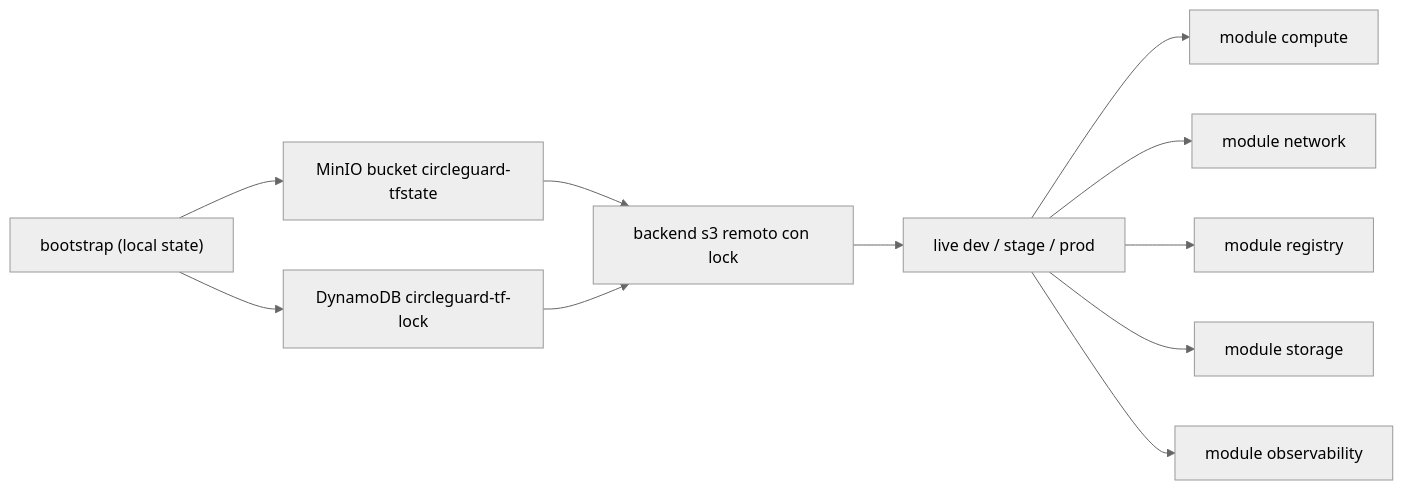
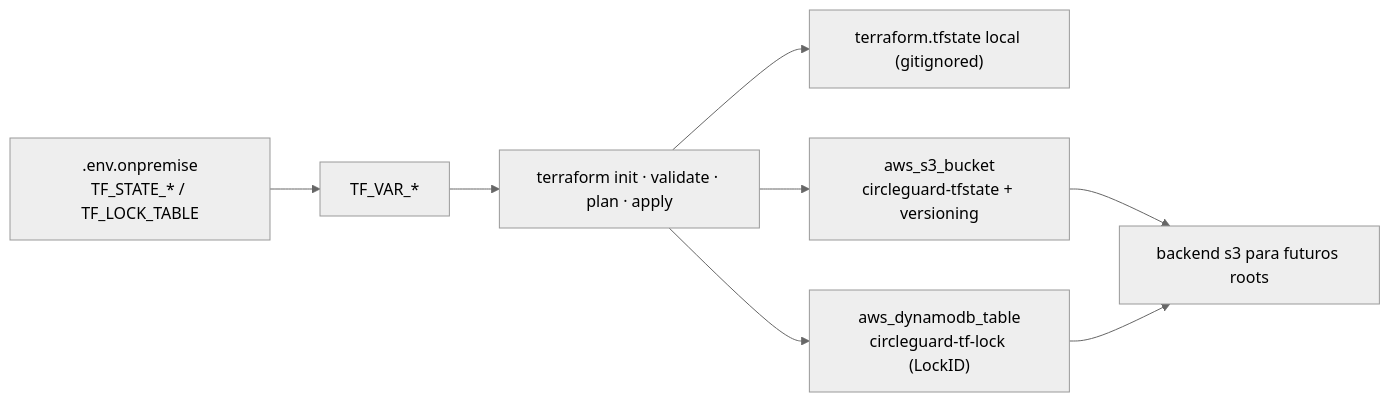
One commit to ingesoft5/circle-guard-finalproject-A00401805-A00405090-A00401428-A00377013 changed the diagram in docs/diagramas/02-flujo-terraform.mmd. Above: the diagram before and after it, drawn with Mermaid (neutral theme). The commit also changed 68 other files, not shown here.

First line of the commit message:
refactor ( infra ) : reduce terraform to on-prem state backend

```diff
--- a/docs/diagramas/02-flujo-terraform.mmd
+++ b/docs/diagramas/02-flujo-terraform.mmd
@@ -1,22 +1,8 @@
 flowchart LR
-  BOOT["bootstrap (local state)"]
-  S3["MinIO bucket circleguard-tfstate"]
-  LOCK["DynamoDB circleguard-tf-lock"]
-  BACKEND["backend s3 remoto con lock"]
-  NET["module network"]
-  COMP["module compute"]
-  REG["module registry"]
-  STO["module storage"]
-  OBS["module observability"]
-  LIVE["live dev / stage / prod"]
-
-  BOOT --> S3
-  BOOT --> LOCK
-  S3 --> BACKEND
+  ENV[".env.onpremise<br/>TF_STATE_* / TF_LOCK_TABLE"] --> VAR["TF_VAR_*"]
+  VAR --> TF["terraform init · validate · plan · apply"]
+  TF --> LOCAL["terraform.tfstate local (gitignored)"]
+  TF --> S3["aws_s3_bucket<br/>circleguard-tfstate + versioning"]
+  TF --> LOCK["aws_dynamodb_table<br/>circleguard-tf-lock (LockID)"]
+  S3 --> BACKEND["backend s3 para futuros roots"]
   LOCK --> BACKEND
-  BACKEND --> LIVE
-  LIVE --> COMP
-  LIVE --> NET
-  LIVE --> REG
-  LIVE --> STO
-  LIVE --> OBS
```
